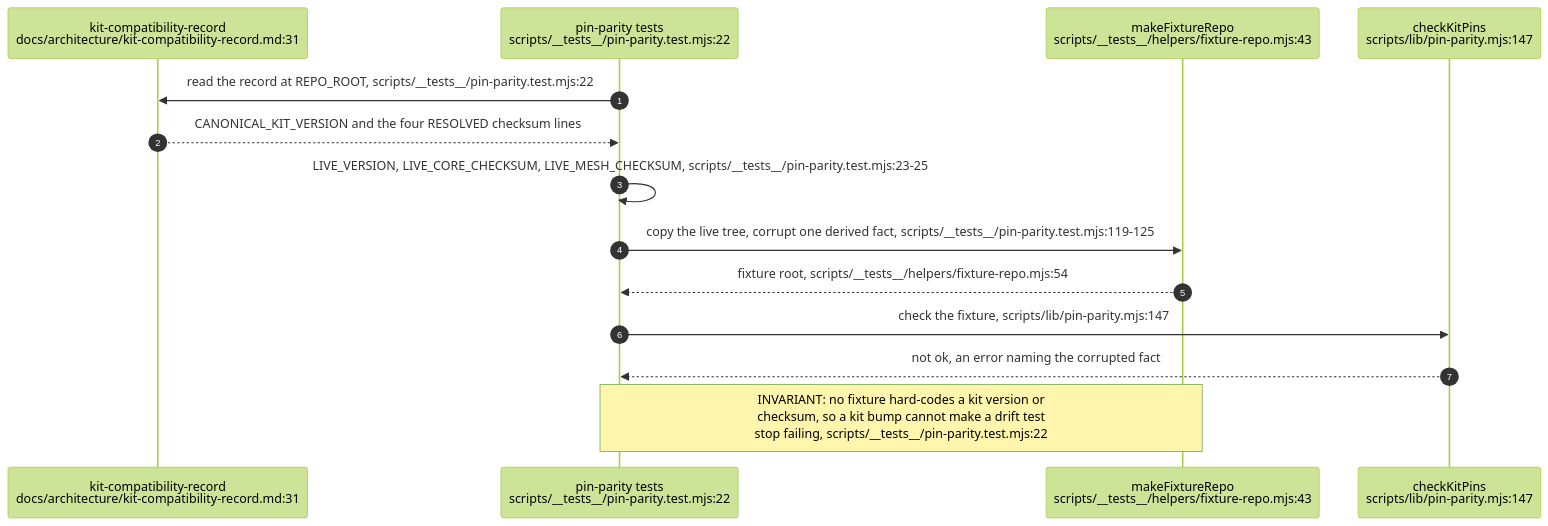
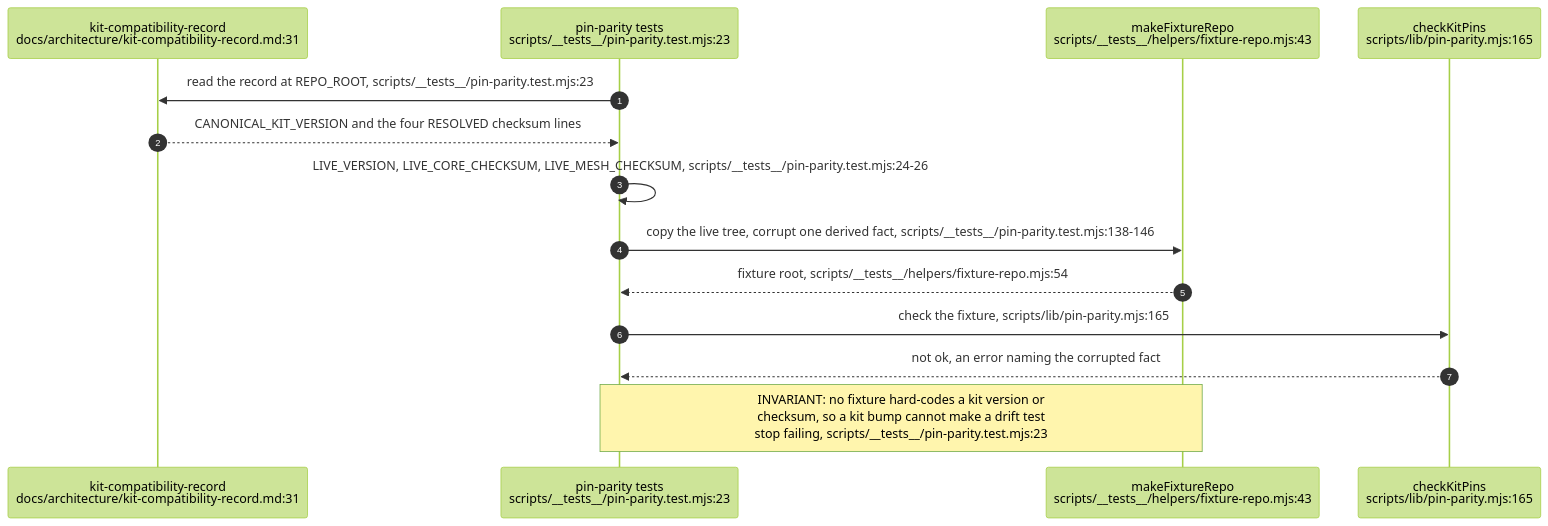
The fifth of 5 diagrams in docs/diagrams/dreamlab-ai-website/05-ci-gates-rust-ci-kit-pin-playwright.md (DreamLab-AI/VisionFlow), drawn with Mermaid (forest theme) before and after one commit. The commit also changed other lines of this file and 160 other files, not shown here.

````diff
--- a/docs/diagrams/dreamlab-ai-website/05-ci-gates-rust-ci-kit-pin-playwright.md
+++ b/docs/diagrams/dreamlab-ai-website/05-ci-gates-rust-ci-kit-pin-playwright.md
@@ -101,16 +102,16 @@
 ```mermaid
 sequenceDiagram
     autonumber
     participant REC as kit-compatibility-record<br/>docs/architecture/kit-compatibility-record.md:31
-    participant PP as pin-parity tests<br/>scripts/__tests__/pin-parity.test.mjs:22
+    participant PP as pin-parity tests<br/>scripts/__tests__/pin-parity.test.mjs:23
     participant FX as makeFixtureRepo<br/>scripts/__tests__/helpers/fixture-repo.mjs:43
-    participant CK as checkKitPins<br/>scripts/lib/pin-parity.mjs:147
-    PP->>REC: read the record at REPO_ROOT, scripts/__tests__/pin-parity.test.mjs:22
+    participant CK as checkKitPins<br/>scripts/lib/pin-parity.mjs:165
+    PP->>REC: read the record at REPO_ROOT, scripts/__tests__/pin-parity.test.mjs:23
     REC-->>PP: CANONICAL_KIT_VERSION and the four RESOLVED checksum lines
-    PP->>PP: LIVE_VERSION, LIVE_CORE_CHECKSUM, LIVE_MESH_CHECKSUM, scripts/__tests__/pin-parity.test.mjs:23-25
-    PP->>FX: copy the live tree, corrupt one derived fact, scripts/__tests__/pin-parity.test.mjs:119-125
+    PP->>PP: LIVE_VERSION, LIVE_CORE_CHECKSUM, LIVE_MESH_CHECKSUM, scripts/__tests__/pin-parity.test.mjs:24-26
+    PP->>FX: copy the live tree, corrupt one derived fact, scripts/__tests__/pin-parity.test.mjs:138-146
     FX-->>PP: fixture root, scripts/__tests__/helpers/fixture-repo.mjs:54
-    PP->>CK: check the fixture, scripts/lib/pin-parity.mjs:147
+    PP->>CK: check the fixture, scripts/lib/pin-parity.mjs:165
     CK-->>PP: not ok, an error naming the corrupted fact
-    Note over PP,FX: INVARIANT: no fixture hard-codes a kit version or<br/>checksum, so a kit bump cannot make a drift test<br/>stop failing, scripts/__tests__/pin-parity.test.mjs:22
+    Note over PP,FX: INVARIANT: no fixture hard-codes a kit version or<br/>checksum, so a kit bump cannot make a drift test<br/>stop failing, scripts/__tests__/pin-parity.test.mjs:23
 ```
````
